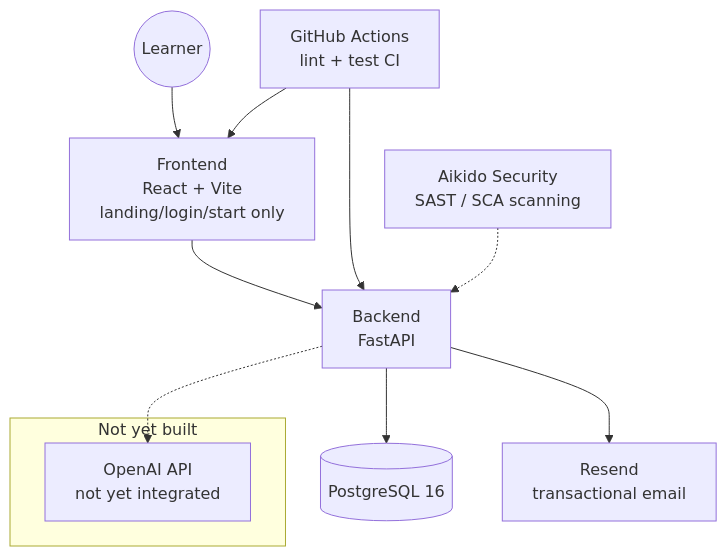
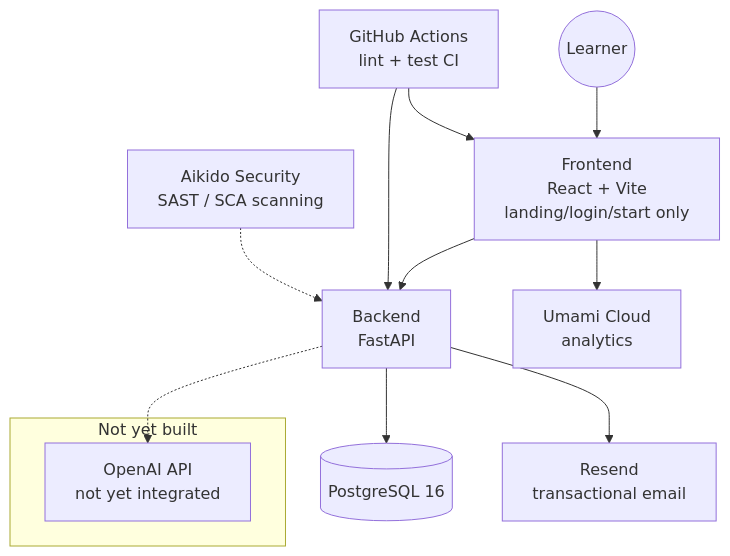
Before and after one commit to berndloeffeld/sks-lotse: the diagram in docs/ARCHITECTURE.md, drawn with Mermaid. The commit also changed other lines of this file and 18 other files, not shown here.

First line of the commit message:
Add frontend analytics (Umami Cloud) and Impressum/Datenschutz pages

````diff
--- a/docs/ARCHITECTURE.md
+++ b/docs/ARCHITECTURE.md
@@ -7,23 +7,25 @@
 ```mermaid
 graph TB
     subgraph "Not yet built"
         OpenAI[OpenAI API<br/>not yet integrated]
     end
 
     Learner((Learner))
     Frontend[Frontend<br/>React + Vite<br/>landing/login/start only]
     Backend[Backend<br/>FastAPI]
     DB[(PostgreSQL 16)]
     Resend[Resend<br/>transactional email]
+    Umami[Umami Cloud<br/>analytics]
     Aikido[Aikido Security<br/>SAST / SCA scanning]
     GHA[GitHub Actions<br/>lint + test CI]
 
     Learner --> Frontend
     Frontend --> Backend
+    Frontend --> Umami
     Backend --> DB
     Backend --> Resend
     Backend -.-> OpenAI
     GHA --> Backend
     GHA --> Frontend
     Aikido -.-> Backend
 ```
````
